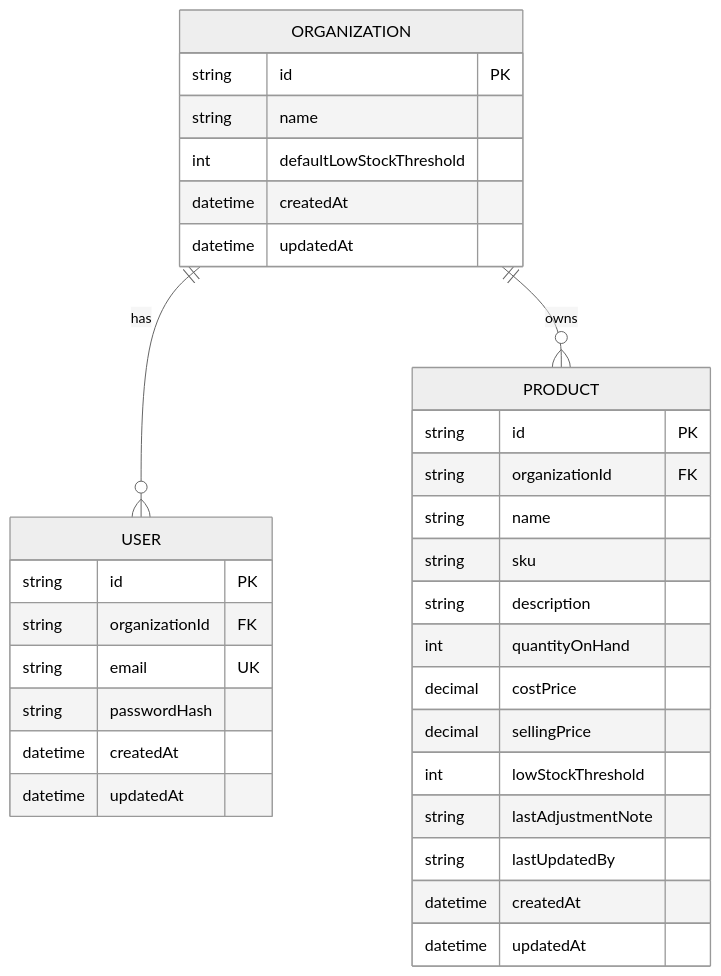
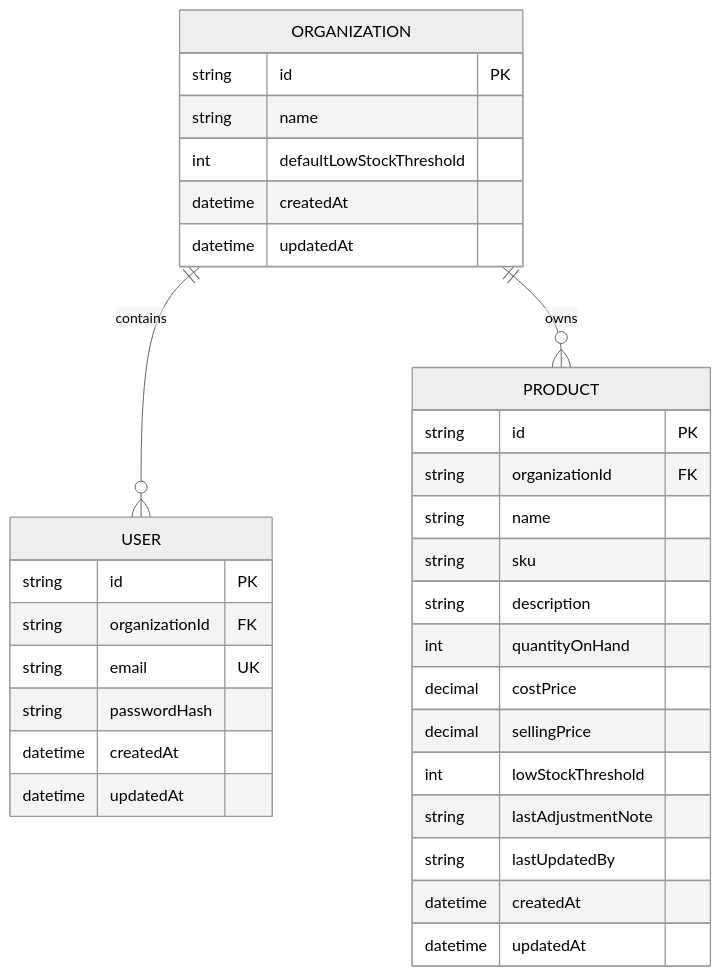
Before and after one commit to madugushivakumar/Stock_Flow: the second of 2 diagrams in README.md, drawn with Mermaid (neutral theme). The commit also changed other lines of this file, not shown here.

````diff
--- a/README.md
+++ b/README.md
@@ -126,38 +294,38 @@
 ```mermaid
 erDiagram
-    ORGANIZATION ||--o{ USER : "has"
-    ORGANIZATION ||--o{ PRODUCT : "owns"
+    ORGANIZATION ||--o{ USER : contains
+    ORGANIZATION ||--o{ PRODUCT : owns
 
     ORGANIZATION {
         string id PK
         string name
         int defaultLowStockThreshold
         datetime createdAt
         datetime updatedAt
     }
 
     USER {
         string id PK
         string organizationId FK
         string email UK
         string passwordHash
         datetime createdAt
         datetime updatedAt
     }
 
     PRODUCT {
         string id PK
         string organizationId FK
         string name
         string sku
         string description
         int quantityOnHand
         decimal costPrice
         decimal sellingPrice
         int lowStockThreshold
         string lastAdjustmentNote
         string lastUpdatedBy
         datetime createdAt
         datetime updatedAt
     }
 ```
````
